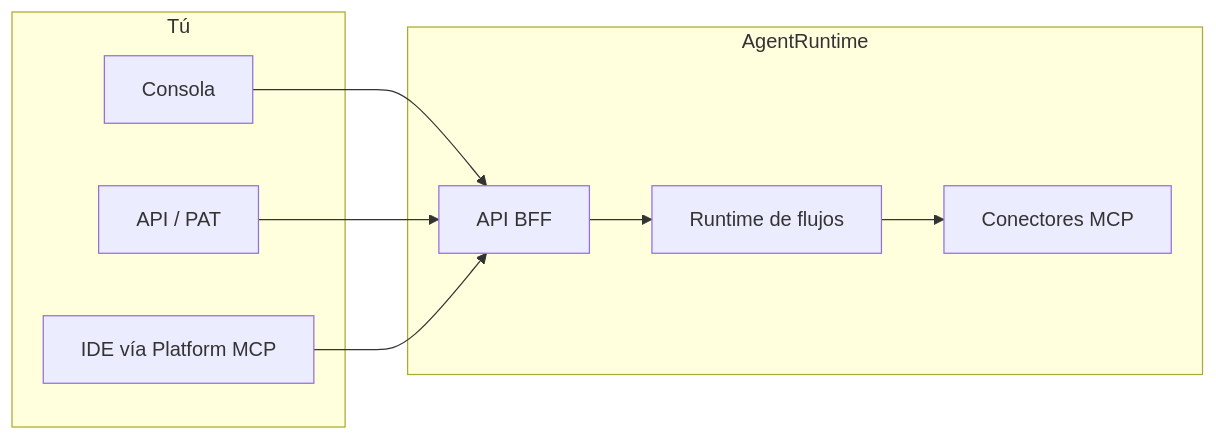
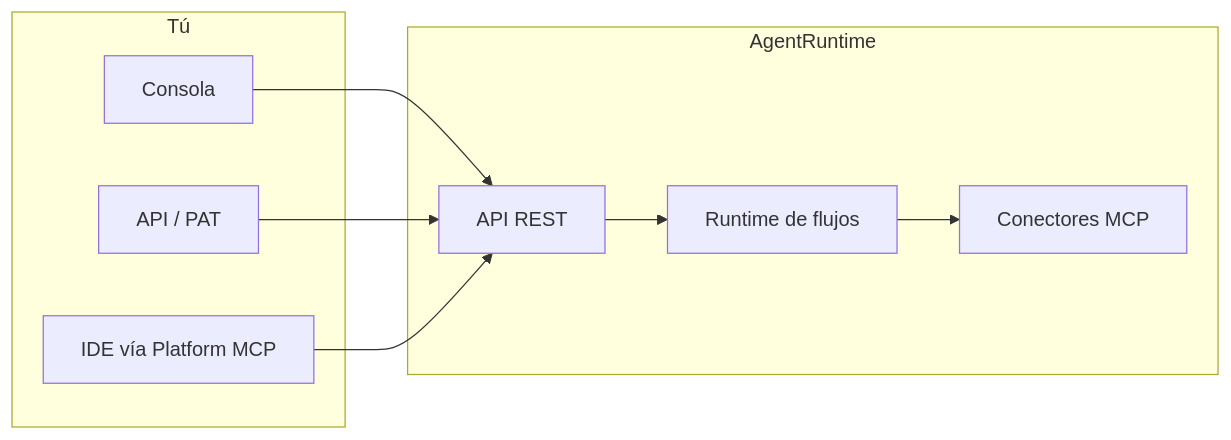
Before and after one commit to agentruntime-io/agentruntime-docs: the diagram in i18n/es/introduction/what-is-agentruntime.mdx, drawn with Mermaid. The commit also changed other lines of this file and 180 other files, not shown here.

````diff
--- a/i18n/es/introduction/what-is-agentruntime.mdx
+++ b/i18n/es/introduction/what-is-agentruntime.mdx
@@ -32,18 +32,18 @@
 ```mermaid
 flowchart LR
   subgraph you [Tú]
     Console[Consola]
     API[API / PAT]
     IDE[IDE vía Platform MCP]
   end
   subgraph platform [AgentRuntime]
-    BFF[API BFF]
+    REST[API REST]
     RT[Runtime de flujos]
     MCP[Conectores MCP]
   end
-  Console --> BFF
-  API --> BFF
-  IDE --> BFF
-  BFF --> RT
+  Console --> REST
+  API --> REST
+  IDE --> REST
+  REST --> RT
   RT --> MCP
 ```
````
